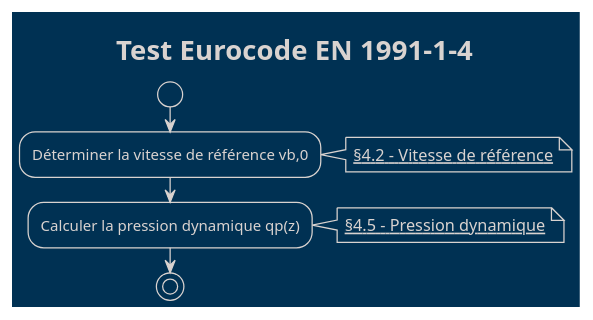
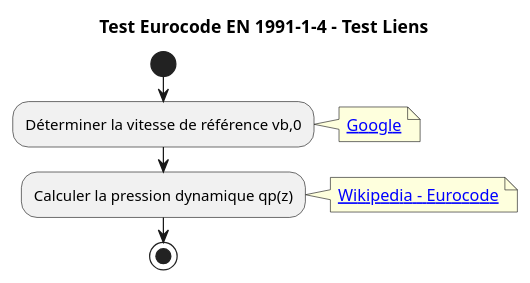
Before and after one commit to apesseu/serre-agricole-en13031: the diagram in diagrams/adour.puml, drawn with PlantUML.

Commit message:
Modif fichier adour.puml avec test liens cliquables

```diff
--- a/diagrams/adour.puml
+++ b/diagrams/adour.puml
@@ -1,17 +1,16 @@
 @startuml
-!theme blueprint
-title Test Eurocode EN 1991-1-4
+title Test Eurocode EN 1991-1-4 - Test Liens
 
 start
 :Déterminer la vitesse de référence vb,0;
 note right
-[[https://eurocodes.com/en1991-1-4-4-2 §4.2 - Vitesse de référence]]
+[[https://www.google.com Google]]
 end note
 
 :Calculer la pression dynamique qp(z);
 note right
-[[https://eurocodes.com/en1991-1-4-4-5 §4.5 - Pression dynamique]]
+[[https://fr.wikipedia.org/wiki/Eurocode Wikipedia - Eurocode]]
 end note
 
 stop
 @enduml
```
